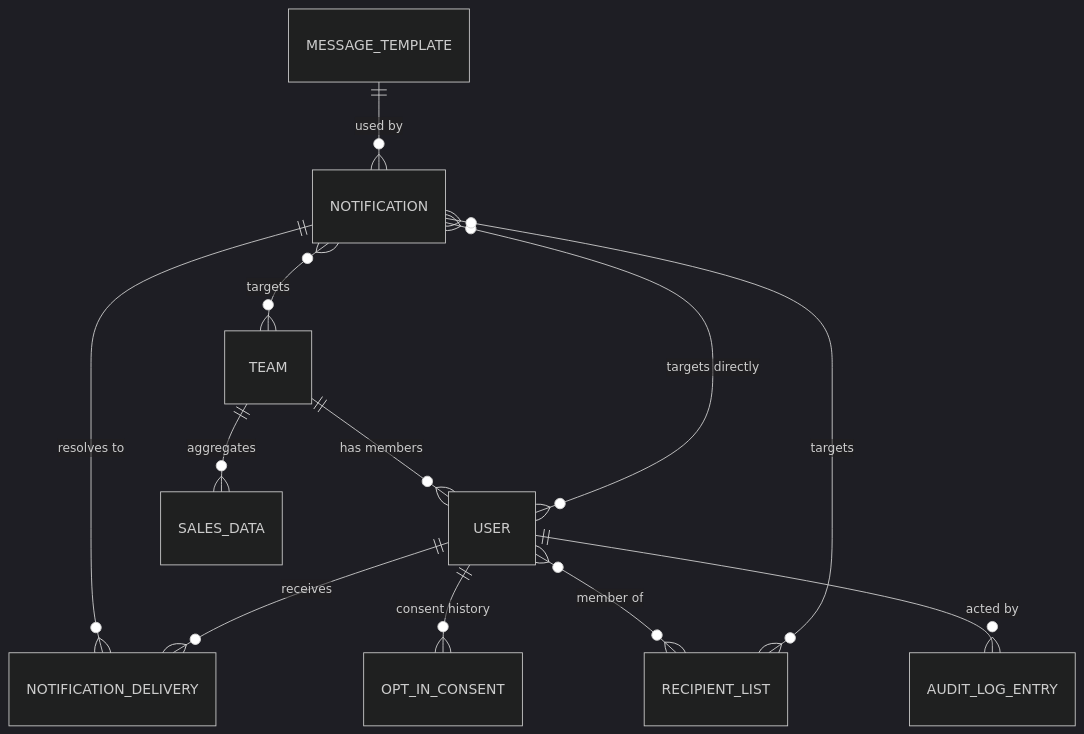
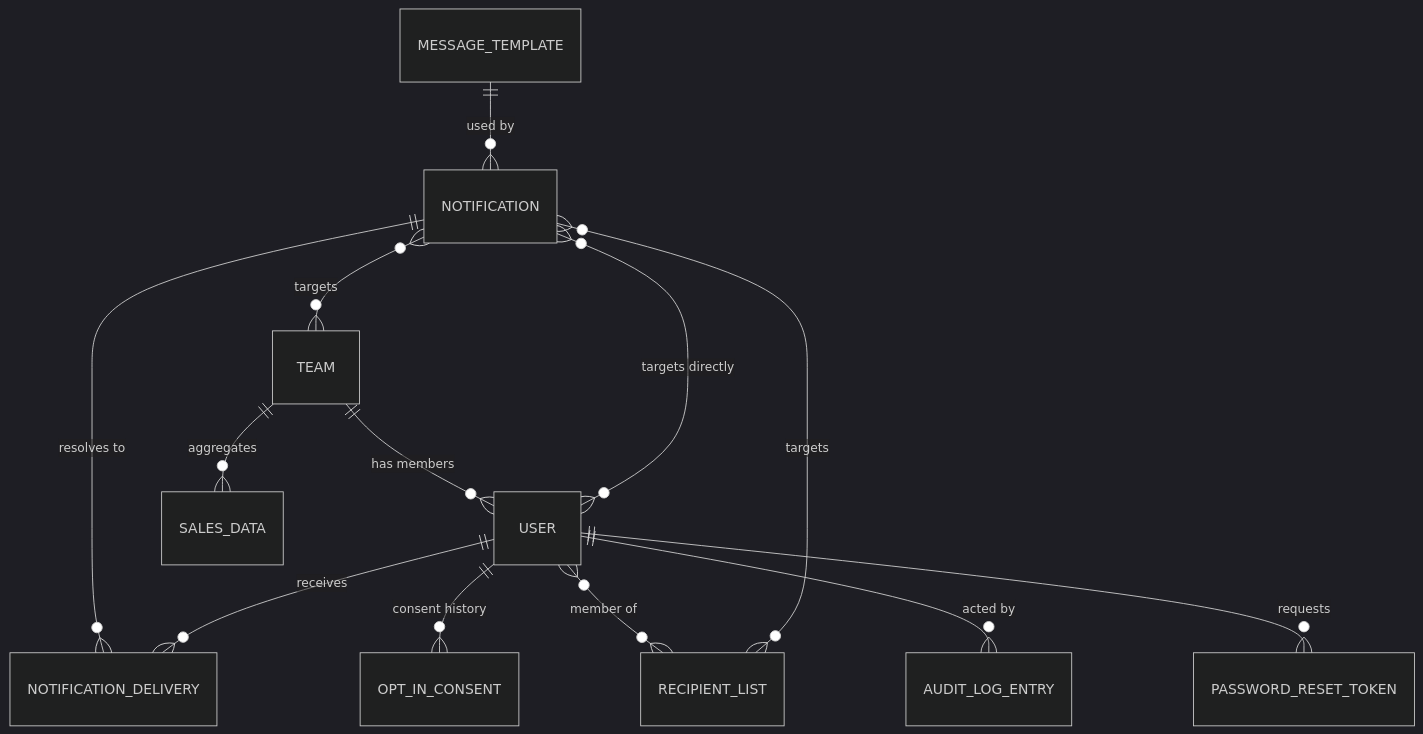
One commit to JUkhan/GrowthTrack changed the fourth of 4 diagrams in _bmad-output/planning-artifacts/architecture/architecture-GrowthTrack-2026-07-14/ARCHITECTURE-SPINE.md. Above: the diagram before and after it, drawn with Mermaid (dark theme). The commit also changed other lines of this file and 3 other files, not shown here.

````diff
--- a/_bmad-output/planning-artifacts/architecture/architecture-GrowthTrack-2026-07-14/ARCHITECTURE-SPINE.md
+++ b/_bmad-output/planning-artifacts/architecture/architecture-GrowthTrack-2026-07-14/ARCHITECTURE-SPINE.md
@@ -180,14 +186,15 @@
 ```mermaid
 erDiagram
   TEAM ||--o{ USER : "has members"
   TEAM ||--o{ SALES_DATA : "aggregates"
   USER ||--o{ OPT_IN_CONSENT : "consent history"
   USER }o--o{ RECIPIENT_LIST : "member of"
   USER ||--o{ AUDIT_LOG_ENTRY : "acted by"
   NOTIFICATION ||--o{ NOTIFICATION_DELIVERY : "resolves to"
   USER ||--o{ NOTIFICATION_DELIVERY : "receives"
   NOTIFICATION }o--o{ USER : "targets directly"
   NOTIFICATION }o--o{ TEAM : "targets"
   NOTIFICATION }o--o{ RECIPIENT_LIST : "targets"
   MESSAGE_TEMPLATE ||--o{ NOTIFICATION : "used by"
+  USER ||--o{ PASSWORD_RESET_TOKEN : "requests"
 ```
````
